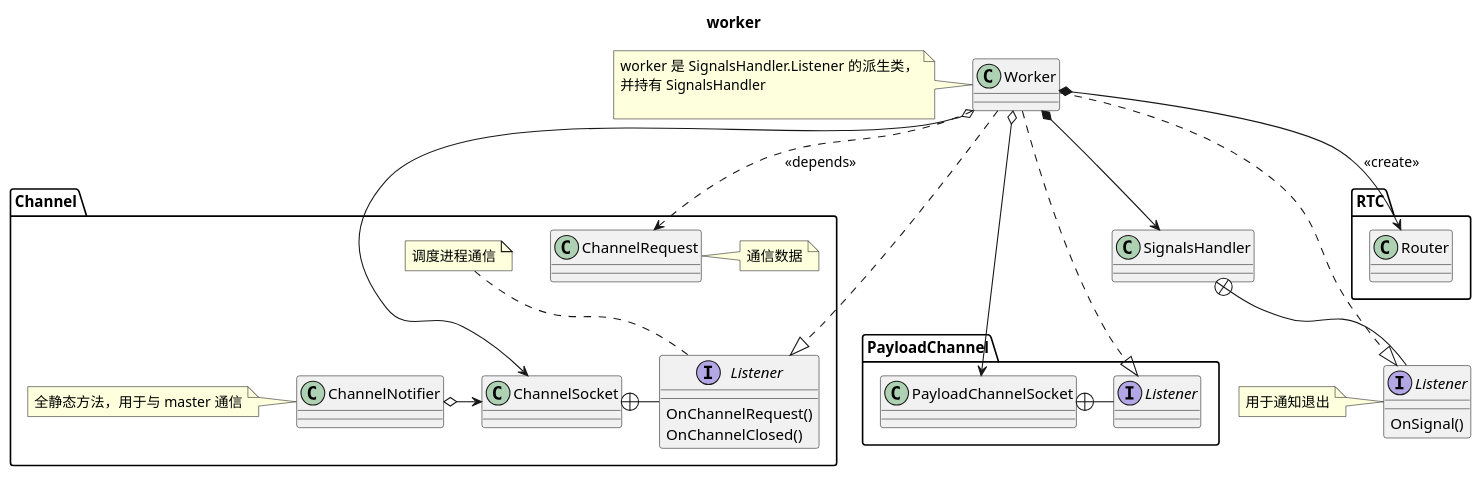
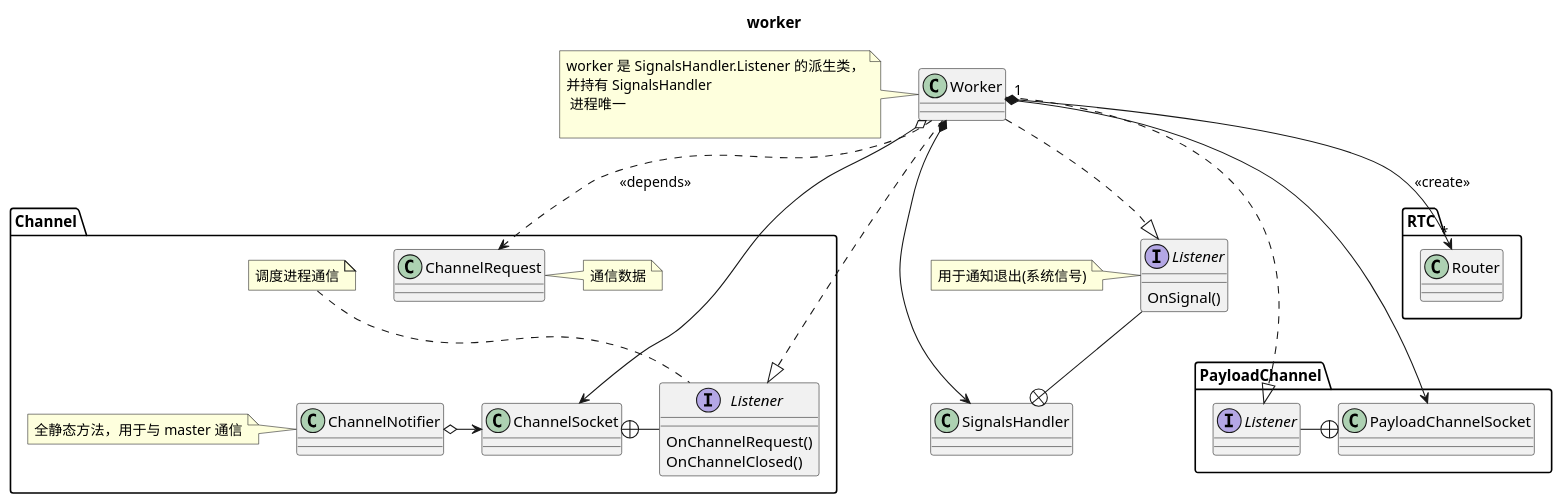
One commit to mingxin505/webrtcNote changed the first of 11 diagrams in mediasoup/worker.md. Above: the diagram before and after it, drawn with PlantUML. The commit also changed other lines of this file and 1 other file, not shown here.

````diff
--- a/mediasoup/worker.md
+++ b/mediasoup/worker.md
@@ -1,46 +2,46 @@
 ```plantuml
 @startuml
 title "worker"
 namespace Channel {
     interface Listener {
         OnChannelRequest()
         OnChannelClosed()
     }
     class ChannelRequest
     ChannelSocket +- Listener
     ChannelNotifier o-> ChannelSocket
     note "全静态方法，用于与 master 通信" as N1
     N1 . ChannelNotifier
     note "调度进程通信" as N2
     N2 .. Listener
     note "通信数据" as N3
     ChannelRequest . N3
 }
 namespace PayloadChannel {
     interface Listener{
         
     }
     PayloadChannelSocket +- Listener
 }
 namespace RTC {
     class Router
 }
 interface Listener {
     OnSignal()
 }
-SignalsHandler +- Listener
+SignalsHandler +-up- Listener
 
-Worker ...|> Listener
+Worker ..|> Listener
 Worker ...|> PayloadChannel.Listener
 Worker ...|> Channel.Listener
 Worker ..> Channel.ChannelRequest : <<depends>>
-Worker *--> RTC.Router : <<create>>
+Worker "1" *--> "*" RTC.Router : <<create>>
 Worker *--> SignalsHandler
 Worker o--> Channel.ChannelSocket
 Worker o-> PayloadChannel.PayloadChannelSocket
-note "worker 是 SignalsHandler.Listener 的派生类，\n并持有 SignalsHandler \n" as N1
+note "worker 是 SignalsHandler.Listener 的派生类，\n并持有 SignalsHandler\n 进程唯一 \n" as N1
 N1 . Worker
-note "用于通知退出" as N2
+note "用于通知退出(系统信号)" as N2
 N2 . Listener 
 @enduml
 ```
````
